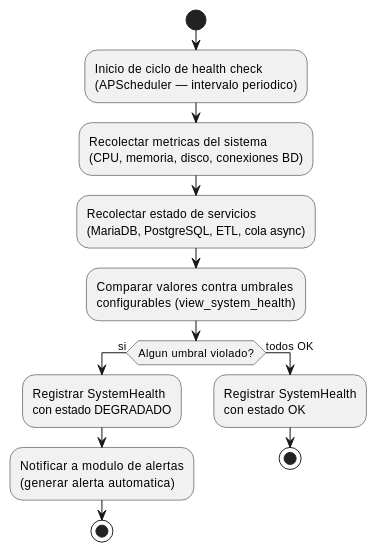
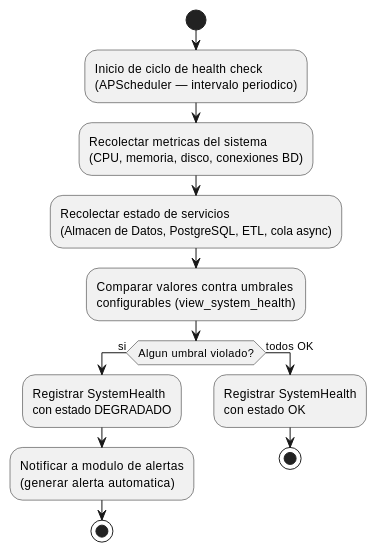
The diagram in source/arquitectura-tecnica/modulos/sys-logs/diagramas/flujo-health-check.rst (jcg-admin/IACT-docs), drawn with PlantUML before and after one commit. The commit also changed 160 other files, not shown here.

```diff
--- a/source/arquitectura-tecnica/modulos/sys-logs/diagramas/flujo-health-check.rst
+++ b/source/arquitectura-tecnica/modulos/sys-logs/diagramas/flujo-health-check.rst
@@ -22,25 +22,25 @@
 .. uml::
  :caption: Flujo del health check del sistema — recoleccion de metricas y evaluacion de umbrales.
 
  @startuml
 
  start
 
  :Inicio de ciclo de health check\n(APScheduler — intervalo periodico);
 
  :Recolectar metricas del sistema\n(CPU, memoria, disco, conexiones BD);
 
- :Recolectar estado de servicios\n(MariaDB, PostgreSQL, ETL, cola async);
+ :Recolectar estado de servicios\n(Almacen de Datos, PostgreSQL, ETL, cola async);
 
  :Comparar valores contra umbrales\nconfigurables (view_system_health);
 
  if (Algun umbral violado?) then (si)
    :Registrar SystemHealth\ncon estado DEGRADADO;
    :Notificar a modulo de alertas\n(generar alerta automatica);
    stop
  else (todos OK)
    :Registrar SystemHealth\ncon estado OK;
    stop
  endif
 
  @enduml
```
